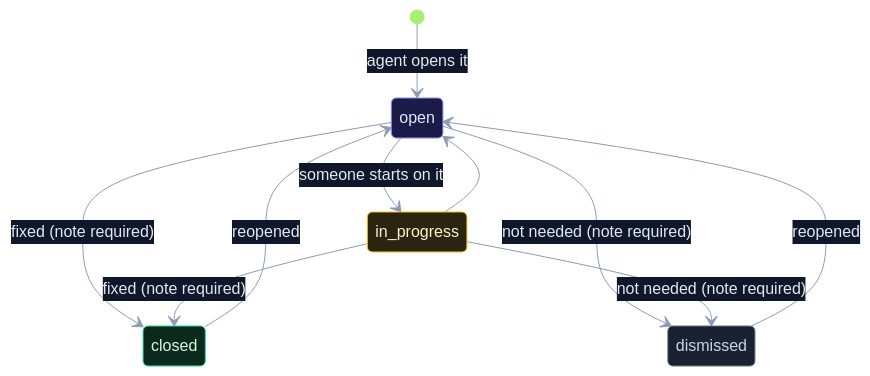
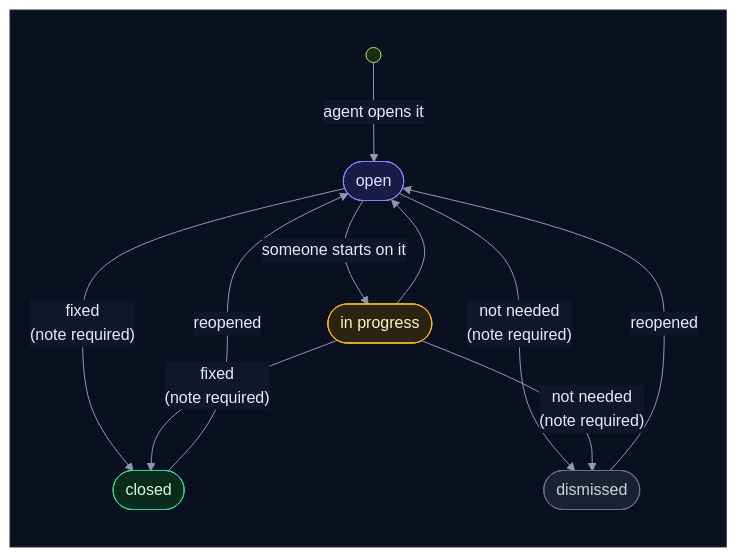
One commit to selvakumarperumal/Regulatory_Circular_Impact_Agent changed diagram 16 of 21 in how_it_works.md. Above: the diagram before and after it, drawn with Mermaid. The commit also changed other lines of this file and 1 other file, not shown here.

````diff
--- a/how_it_works.md
+++ b/how_it_works.md
@@ -946,22 +953,33 @@
 ```mermaid
-%%{init: {"theme": "base", "themeVariables": {"darkMode": true, "primaryColor": "#16213a", "primaryTextColor": "#e6edf7", "primaryBorderColor": "#475a7a", "lineColor": "#8b9bb4", "secondaryColor": "#1b2436", "tertiaryColor": "#101a2e", "edgeLabelBackground": "#0f172a", "textColor": "#e2e8f0", "transitionColor": "#8b9bb4", "transitionLabelColor": "#e2e8f0", "stateLabelColor": "#e6edf7", "labelBackgroundColor": "#0f172a", "specialStateColor": "#a7ef6f", "innerEndBackground": "#a7ef6f", "stateBkg": "#16213a", "stateBorder": "#475a7a"}}}%%
-stateDiagram-v2
-    [*] --> open: agent opens it
-    open --> in_progress: someone starts on it
-    in_progress --> open
-    open --> closed: fixed (note required)
-    in_progress --> closed: fixed (note required)
-    open --> dismissed: not needed (note required)
-    in_progress --> dismissed: not needed (note required)
-    closed --> open: reopened
-    dismissed --> open: reopened
+%%{init: {"theme": "base", "flowchart": {"diagramPadding": 0}, "themeVariables": {"darkMode": true, "primaryColor": "#16213a", "primaryTextColor": "#e6edf7", "primaryBorderColor": "#475a7a", "lineColor": "#8b9bb4", "secondaryColor": "#1b2436", "tertiaryColor": "#101a2e", "edgeLabelBackground": "#0f172a", "textColor": "#e2e8f0", "clusterBkg": "#0f1728", "clusterBorder": "#2b3a55", "titleColor": "#c4b5fd", "nodeTextColor": "#e6edf7"}}}%%
+flowchart TB
+    subgraph canvas[" "]
+        direction TB
+        s0((" ")) -->|"agent opens it"| g_open(["open"])
+        g_open -->|"someone starts on it"| g_progress(["in progress"])
+        g_progress --> g_open
+        g_open -->|"fixed<br/>(note required)"| g_closed(["closed"])
+        g_progress -->|"fixed<br/>(note required)"| g_closed
+        g_open -->|"not needed<br/>(note required)"| g_dismissed(["dismissed"])
+        g_progress -->|"not needed<br/>(note required)"| g_dismissed
+        g_closed -->|"reopened"| g_open
+        g_dismissed -->|"reopened"| g_open
+    end
 
-    classDef open fill:#1c1a47,stroke:#818cf8,color:#e0e7ff
-    classDef progress fill:#2a2410,stroke:#fbbf24,color:#fef3c7
-    classDef done fill:#0b2a1c,stroke:#34d399,color:#d1fae5
-    classDef quiet fill:#1a2130,stroke:#64748b,color:#cbd5e1
-    class open open
-    class in_progress progress
-    class closed done
-    class dismissed quiet
+    classDef svc fill:#0e2a2c,stroke:#2dd4bf,color:#ccfbf1
+    classDef data fill:#1c1a47,stroke:#818cf8,color:#e0e7ff
+    classDef ext fill:#2a1640,stroke:#c084fc,color:#f3e8ff
+    classDef gpu fill:#2d1b0c,stroke:#fb923c,color:#ffedd5
+    classDef ask fill:#2a2410,stroke:#fbbf24,color:#fef3c7
+    classDef ok fill:#0b2a1c,stroke:#34d399,color:#d1fae5
+    classDef bad fill:#2e0f17,stroke:#fb7185,color:#ffe4e6
+    classDef start fill:#1c2a0e,stroke:#a7ef6f,color:#ecfccb
+    classDef muted fill:#1a2130,stroke:#64748b,color:#cbd5e1
+    classDef queued fill:#0c2231,stroke:#38bdf8,color:#e0f2fe
+    class s0 start
+    class g_open data
+    class g_progress ask
+    class g_closed ok
+    class g_dismissed muted
+    style canvas fill:#0b1020,stroke:#1e293b,color:#0b1020
 ```
````
